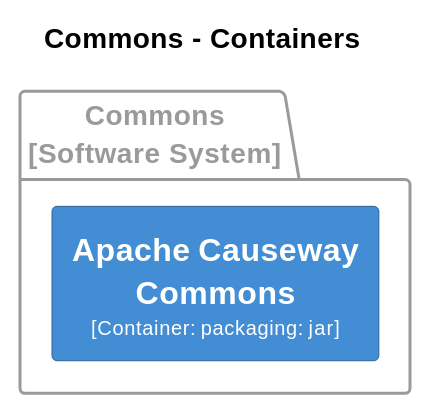
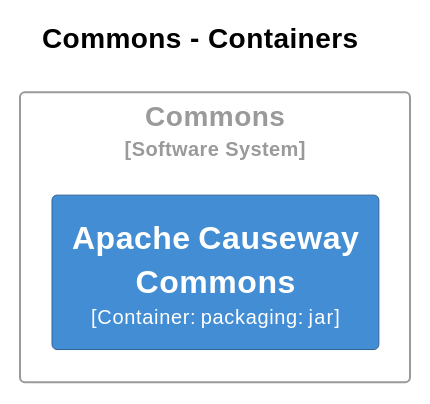
The sixth of 31 diagrams in core/adoc/modules/_overview/pages/about.adoc (apache/causeway), drawn with PlantUML before and after one commit. The commit also changed other lines of this file and 4 other files, not shown here.

```diff
--- a/core/adoc/modules/_overview/pages/about.adoc
+++ b/core/adoc/modules/_overview/pages/about.adoc
@@ -1051,33 +1292,33 @@
 [plantuml,Commons,svg]
 ----
 @startuml
 set separator none
 title Commons - Containers
 
 left to right direction
 
 skinparam {
   shadowing false
   arrowFontSize 10
   defaultTextAlignment center
   wrapWidth 200
   maxMessageSize 100
 }
 
 hide stereotype
 
 skinparam rectangle<<Commons.ApacheCausewayCommons>> {
   BackgroundColor #438dd5
   FontColor #fffffe
   BorderColor #2e6295
 }
 
-package "Commons\n[Software System]" <<Commons>> {
-  skinparam PackageBorderColor<<Commons>> #9a9a9a
-  skinparam PackageFontColor<<Commons>> #9a9a9a
+rectangle "Commons\n<size:10>[Software System]</size>" <<Commons>> {
+  skinparam RectangleBorderColor<<Commons>> #9a9a9a
+  skinparam RectangleFontColor<<Commons>> #9a9a9a
 
   rectangle "==Apache Causeway Commons\n<size:10>[Container: packaging: jar]</size>" <<Commons.ApacheCausewayCommons>> as Commons.ApacheCausewayCommons
 }
 
 @enduml
 ----
```
